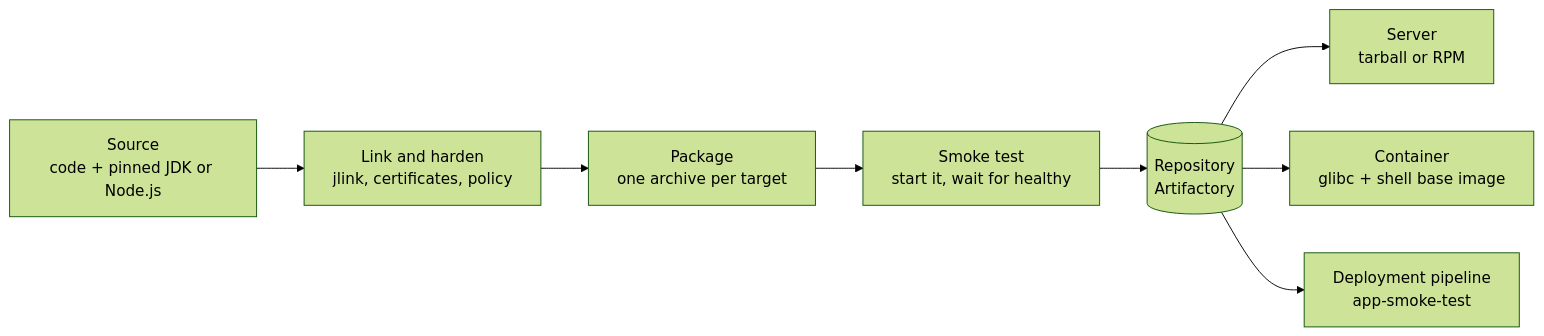
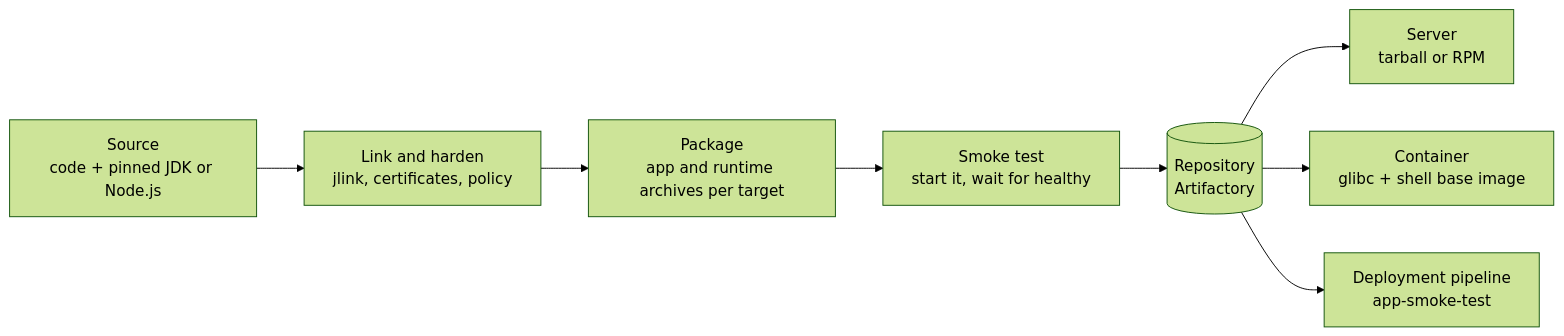
Before and after one commit to fiftiesHousewife/embedded-runtime-gradle-plugins: the diagram in docs/article.md, drawn with Mermaid (forest theme). The commit also changed other lines of this file and 51 other files, not shown here.

````diff
--- a/docs/article.md
+++ b/docs/article.md
@@ -167,10 +185,10 @@
 ```mermaid
 flowchart LR
     src["Source<br/>code + pinned JDK or Node.js"] --> link["Link and harden<br/>jlink, certificates, policy"]
-    link --> pack["Package<br/>one archive per target"]
+    link --> pack["Package<br/>app and runtime archives per target"]
     pack --> smoke["Smoke test<br/>start it, wait for healthy"]
     smoke --> repo[("Repository<br/>Artifactory")]
     repo --> server["Server<br/>tarball or RPM"]
     repo --> container["Container<br/>glibc + shell base image"]
     repo --> pipeline["Deployment pipeline<br/>app-smoke-test"]
 ```
````
